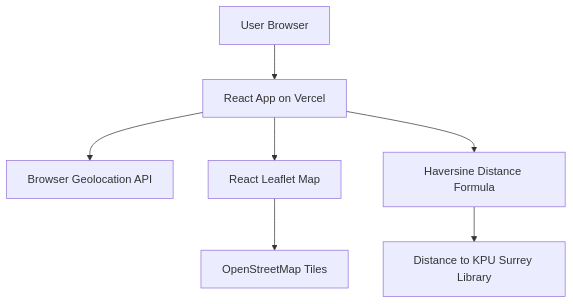
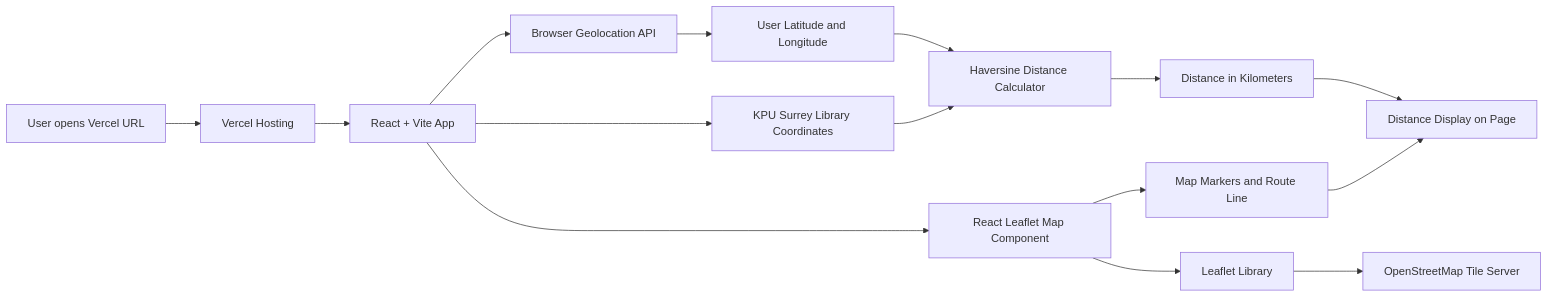
One commit to thewolfofdstreet/kpu-library-distance-app changed the diagram in README.md. Above: the diagram before and after it, drawn with Mermaid. The commit also changed other lines of this file, not shown here.

Commit message:
Update README with deployment link and architecture

````diff
--- a/README.md
+++ b/README.md
@@ -7,9 +11,22 @@
 ```mermaid
-flowchart TD
-    A[User Browser] --> B[React App on Vercel]
-    B --> C[Browser Geolocation API]
-    B --> D[React Leaflet Map]
-    D --> E[OpenStreetMap Tiles]
-    B --> F[Haversine Distance Formula]
-    F --> G[Distance to KPU Surrey Library]
+flowchart LR
+    A[User opens Vercel URL] --> B[Vercel Hosting]
+    B --> C[React + Vite App]
+
+    C --> D[Browser Geolocation API]
+    D --> E[User Latitude and Longitude]
+
+    C --> F[React Leaflet Map Component]
+    F --> G[Leaflet Library]
+    G --> H[OpenStreetMap Tile Server]
+
+    C --> I[KPU Surrey Library Coordinates]
+    E --> J[Haversine Distance Calculator]
+    I --> J
+
+    J --> K[Distance in Kilometers]
+    F --> L[Map Markers and Route Line]
+
+    K --> M[Distance Display on Page]
+    L --> M
 ```
````
